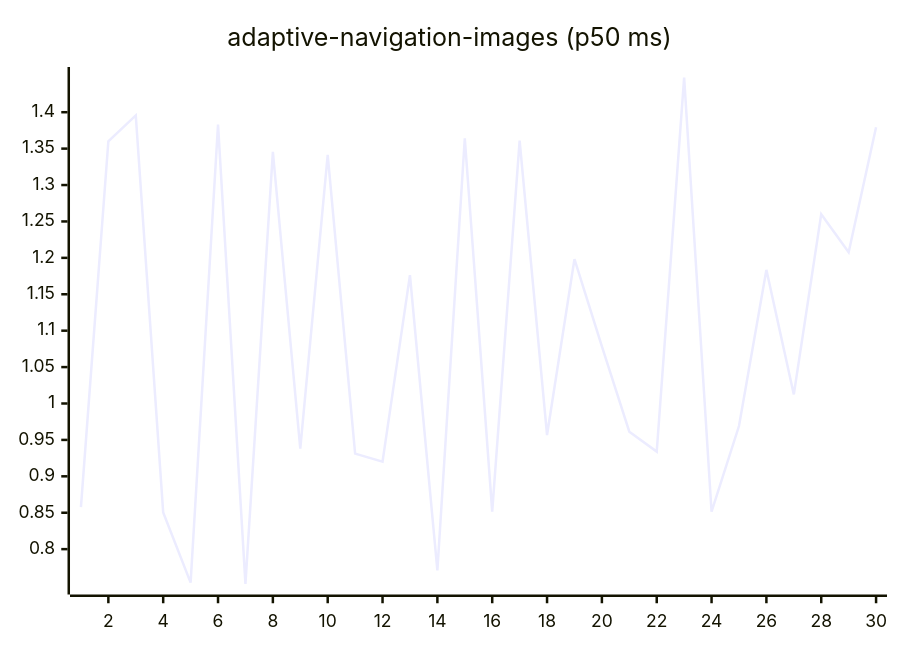
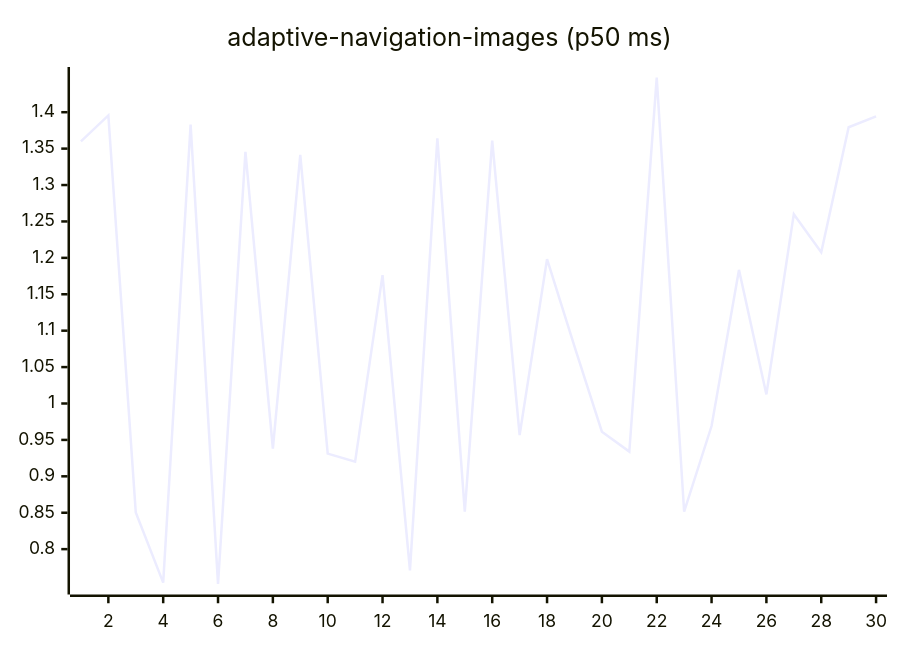
One commit to josha/Facet changed the first of 27 diagrams in README.md. Above: the diagram before and after it, drawn with Mermaid. The commit also changed other lines of this file and 2 other files, not shown here.

````diff
--- a/README.md
+++ b/README.md
@@ -63,6 +63,6 @@
 ```mermaid
 xychart-beta
     title "adaptive-navigation-images (p50 ms)"
     x-axis 1 --> 30
-    line [0.8576, 1.3599, 1.3956, 0.8504, 0.7540, 1.3829, 0.7523, 1.3455, 0.9380, 1.3415, 0.9312, 0.9201, 1.1763, 0.7707, 1.3642, 0.8516, 1.3610, 0.9567, 1.1983, 1.0783, 0.9612, 0.9339, 1.4475, 0.8514, 0.9690, 1.1835, 1.0125, 1.2600, 1.2076, 1.3793]
+    line [1.3599, 1.3956, 0.8504, 0.7540, 1.3829, 0.7523, 1.3455, 0.9380, 1.3415, 0.9312, 0.9201, 1.1763, 0.7707, 1.3642, 0.8516, 1.3610, 0.9567, 1.1983, 1.0783, 0.9612, 0.9339, 1.4475, 0.8514, 0.9690, 1.1835, 1.0125, 1.2600, 1.2076, 1.3793, 1.3944]
 ```
````
